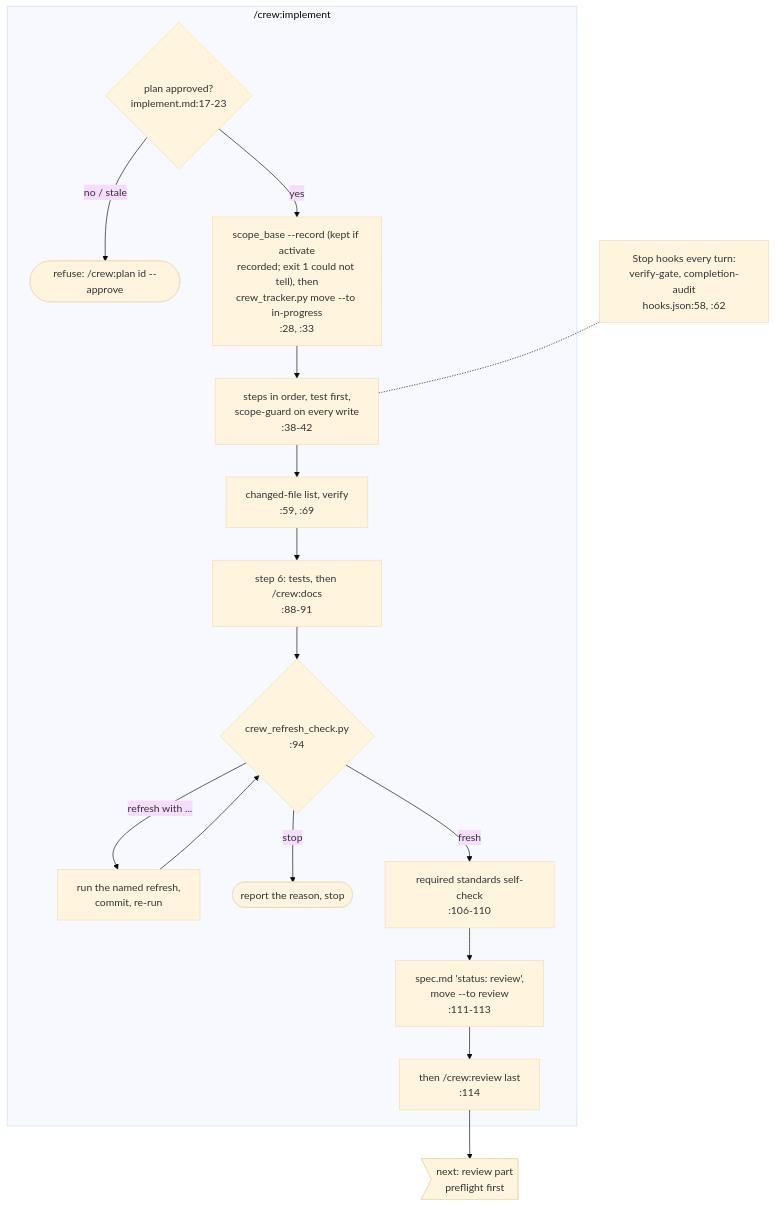
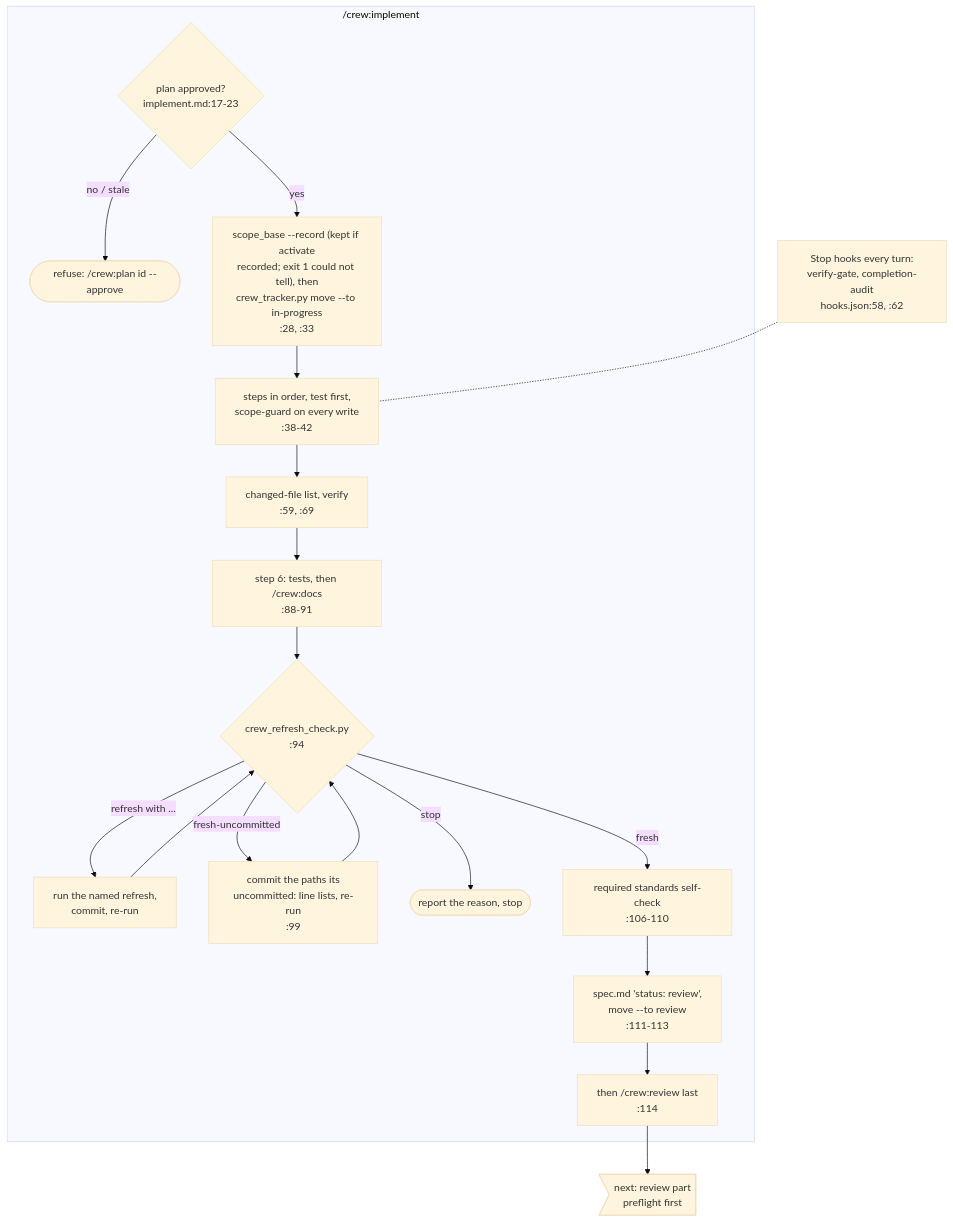
One commit to mbadali25/useful-claude-add-ons changed diagram 29 of 36 in docs/diagrams/README.md. Above: the diagram before and after it, drawn with Mermaid (base theme). The commit also changed other lines of this file and 18 other files, not shown here.

First line of the commit message:
batch 7: regenerate rules, config reference, diagrams README, the four changed guides; re-measure BUDGETS

````diff
--- a/docs/diagrams/README.md
+++ b/docs/diagrams/README.md
@@ -1097,22 +1097,24 @@
 ```mermaid
 flowchart TB
     subgraph implement["/crew:implement"]
         im0{"plan approved?<br/>implement.md:17-23"}
         im0 -- "no / stale" --> imx([refuse: /crew:plan id --approve])
         im0 -- yes --> im1["scope_base --record (kept if activate<br/>recorded; exit 1 could not tell), then<br/>crew_tracker.py move --to in-progress<br/>:28, :33"]
         im1 --> im2["steps in order, test first,<br/>scope-guard on every write<br/>:38-42"]
         im2 --> im3a["changed-file list, verify<br/>:59, :69"]
         im3a --> im3["step 6: tests, then /crew:docs<br/>:88-91"]
         im3 --> rf1{"crew_refresh_check.py<br/>:94"}
         rf1 -- "refresh with ..." --> rf2["run the named refresh,<br/>commit, re-run"]
         rf2 --> rf1
+        rf1 -- "fresh-uncommitted" --> rf3["commit the paths its<br/>uncommitted: line lists, re-run<br/>:99"]
+        rf3 --> rf1
         rf1 -- "stop" --> rfx([report the reason, stop])
         rf1 -- fresh --> sc1["required standards self-check<br/>:106-110"]
         sc1 --> im4["spec.md 'status: review',<br/>move --to review<br/>:111-113"]
         im4 --> im5["then /crew:review last<br/>:114"]
     end
 
     im5 --> to_pf0>"next: review part<br/>preflight first"]
 
     stop["Stop hooks every turn:<br/>verify-gate, completion-audit<br/>hooks.json:58, :62"] -.- im2
 ```
````
